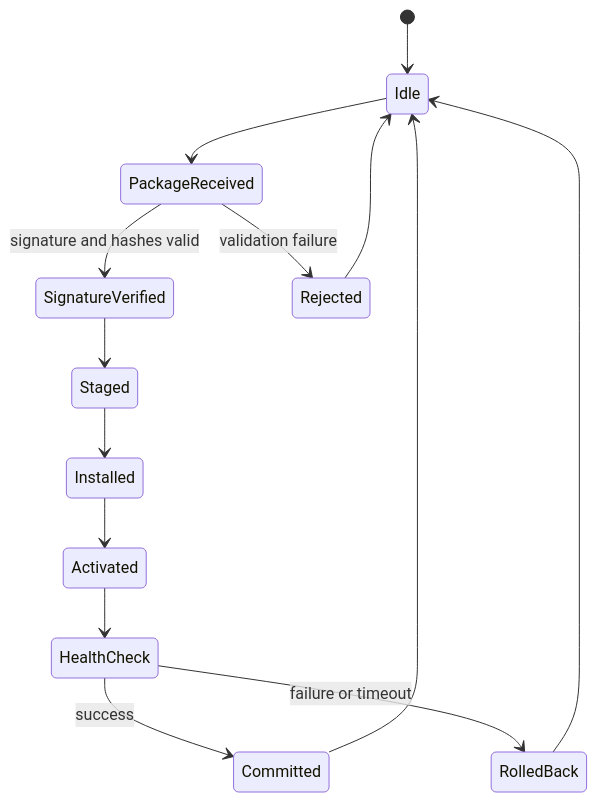
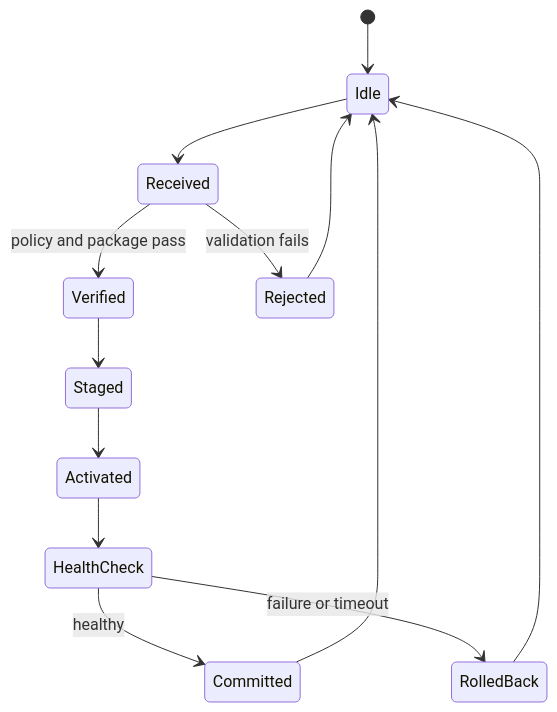
The diagram in projects/04-secure-update-manager/README.md (ThePo1es/adaptive-vehicle-platform-lab), drawn with Mermaid before and after one commit. The commit also changed other lines of this file and 62 other files, not shown here.

````diff
--- a/projects/04-secure-update-manager/README.md
+++ b/projects/04-secure-update-manager/README.md
@@ -11,16 +17,15 @@
 ```mermaid
 stateDiagram-v2
     [*] --> Idle
-    Idle --> PackageReceived
-    PackageReceived --> SignatureVerified: signature and hashes valid
-    PackageReceived --> Rejected: validation failure
-    SignatureVerified --> Staged
-    Staged --> Installed
-    Installed --> Activated
+    Idle --> Received
+    Received --> Verified: policy and package pass
+    Received --> Rejected: validation fails
+    Verified --> Staged
+    Staged --> Activated
     Activated --> HealthCheck
-    HealthCheck --> Committed: success
+    HealthCheck --> Committed: healthy
     HealthCheck --> RolledBack: failure or timeout
     Rejected --> Idle
     Committed --> Idle
     RolledBack --> Idle
 ```
````
